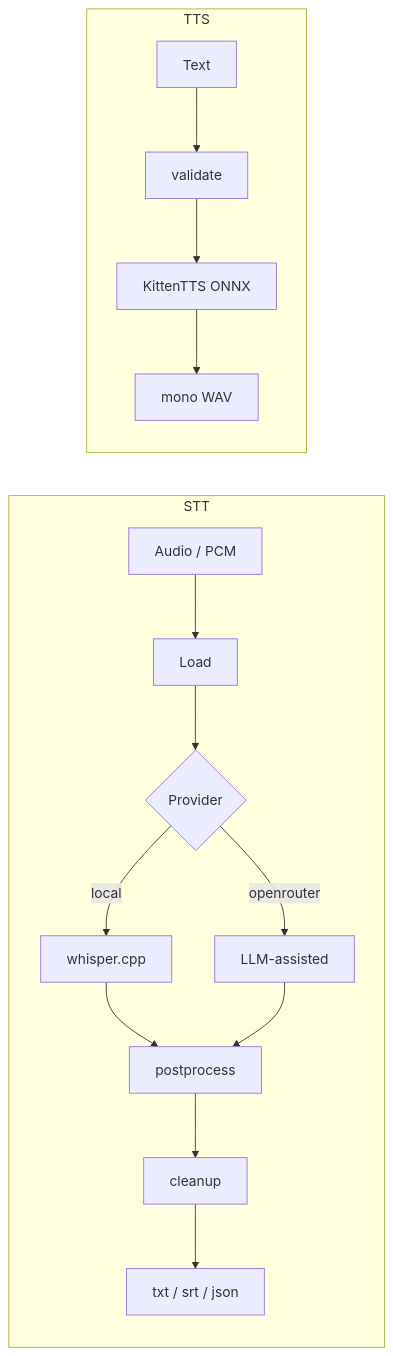
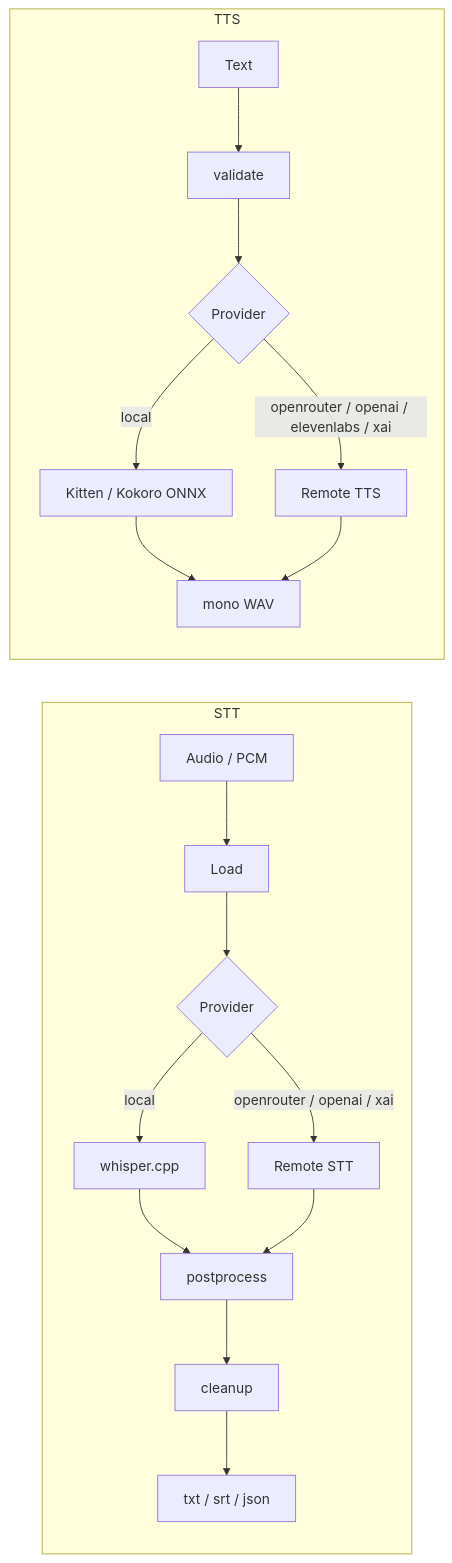
The diagram in docs/index.md (joe-broadhead/aurum), drawn with Mermaid before and after one commit. The commit also changed other lines of this file and 50 other files, not shown here.

````diff
--- a/docs/index.md
+++ b/docs/index.md
@@ -32,18 +32,21 @@
 ```mermaid
 flowchart LR
   subgraph stt [STT]
     A[Audio / PCM] --> B[Load]
     B --> C{Provider}
     C -->|local| D[whisper.cpp]
-    C -->|openrouter| E[LLM-assisted]
+    C -->|openrouter / openai / xai| E[Remote STT]
     D --> F[postprocess]
     E --> F
     F --> G[cleanup]
     G --> H[txt / srt / json]
   end
   subgraph tts [TTS]
     T[Text] --> U[validate]
-    U --> V[KittenTTS ONNX]
-    V --> W[mono WAV]
+    U --> V{Provider}
+    V -->|local| W[Kitten / Kokoro ONNX]
+    V -->|openrouter / openai / elevenlabs / xai| X[Remote TTS]
+    W --> Y[mono WAV]
+    X --> Y
   end
 ```
````
